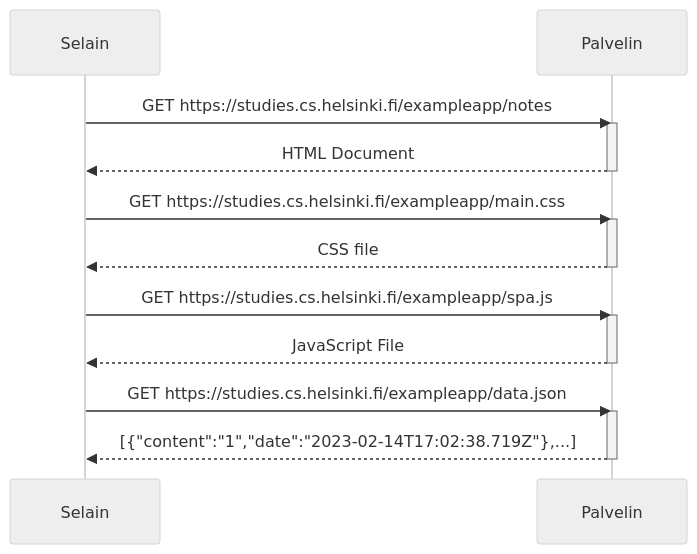
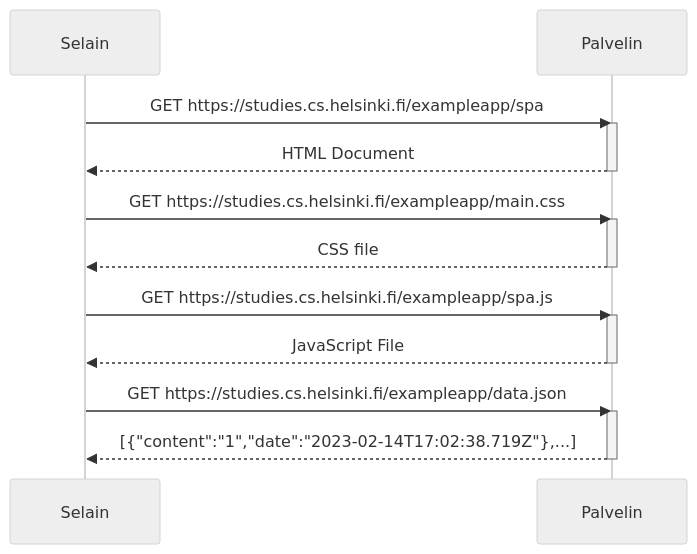
One commit to TeekkariTeemu/fullstack changed the diagram in Osa0/5.md. Above: the diagram before and after it, drawn with Mermaid (neutral theme).

````diff
--- a/Osa0/5.md
+++ b/Osa0/5.md
@@ -1,21 +1,21 @@
 ```mermaid
 sequenceDiagram
     participant Selain
     participant Palvelin
-    Selain->>Palvelin: GET https://studies.cs.helsinki.fi/exampleapp/notes
+    Selain->>Palvelin: GET https://studies.cs.helsinki.fi/exampleapp/spa
     activate Palvelin
     Palvelin-->>Selain: HTML Document
     deactivate Palvelin
     Selain->>Palvelin: GET https://studies.cs.helsinki.fi/exampleapp/main.css
     activate Palvelin
     Palvelin-->>Selain: CSS file
     deactivate Palvelin
     Selain->>Palvelin: GET https://studies.cs.helsinki.fi/exampleapp/spa.js
     activate Palvelin
     Palvelin-->>Selain: JavaScript File
     deactivate Palvelin
     Selain->>Palvelin: GET https://studies.cs.helsinki.fi/exampleapp/data.json
     activate Palvelin
     Palvelin-->>Selain: [{"content":"1","date":"2023-02-14T17:02:38.719Z"},...]
     deactivate Palvelin
 ```
````
